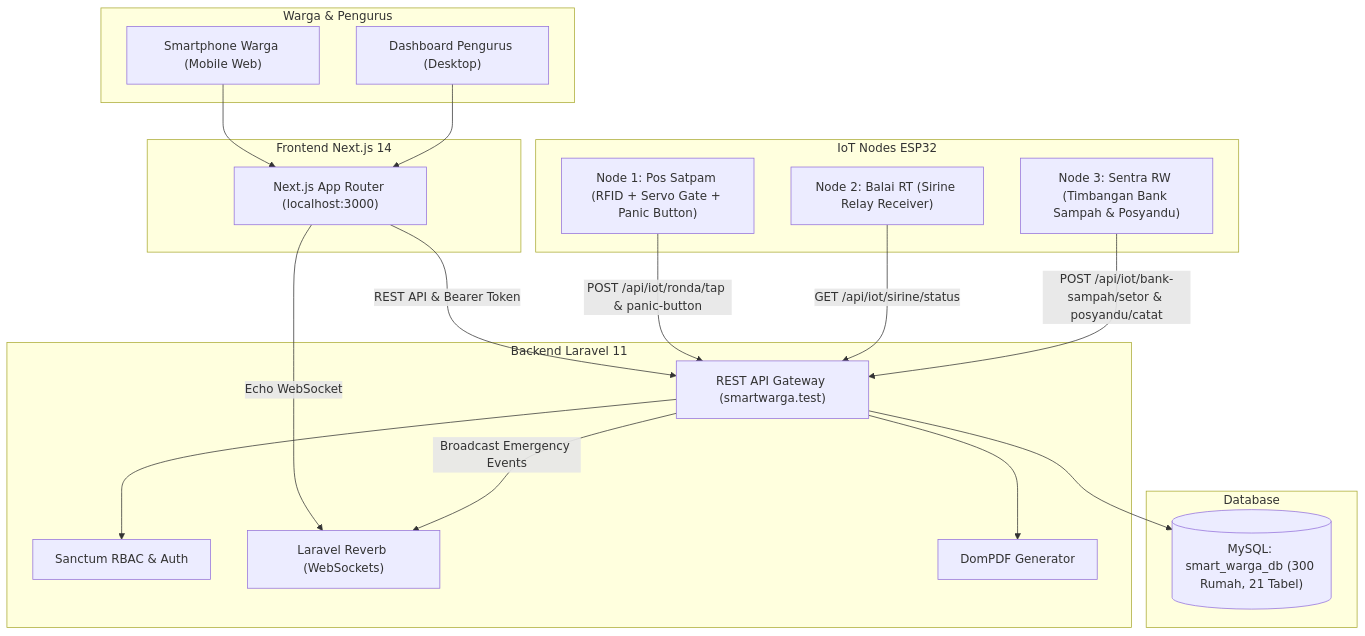
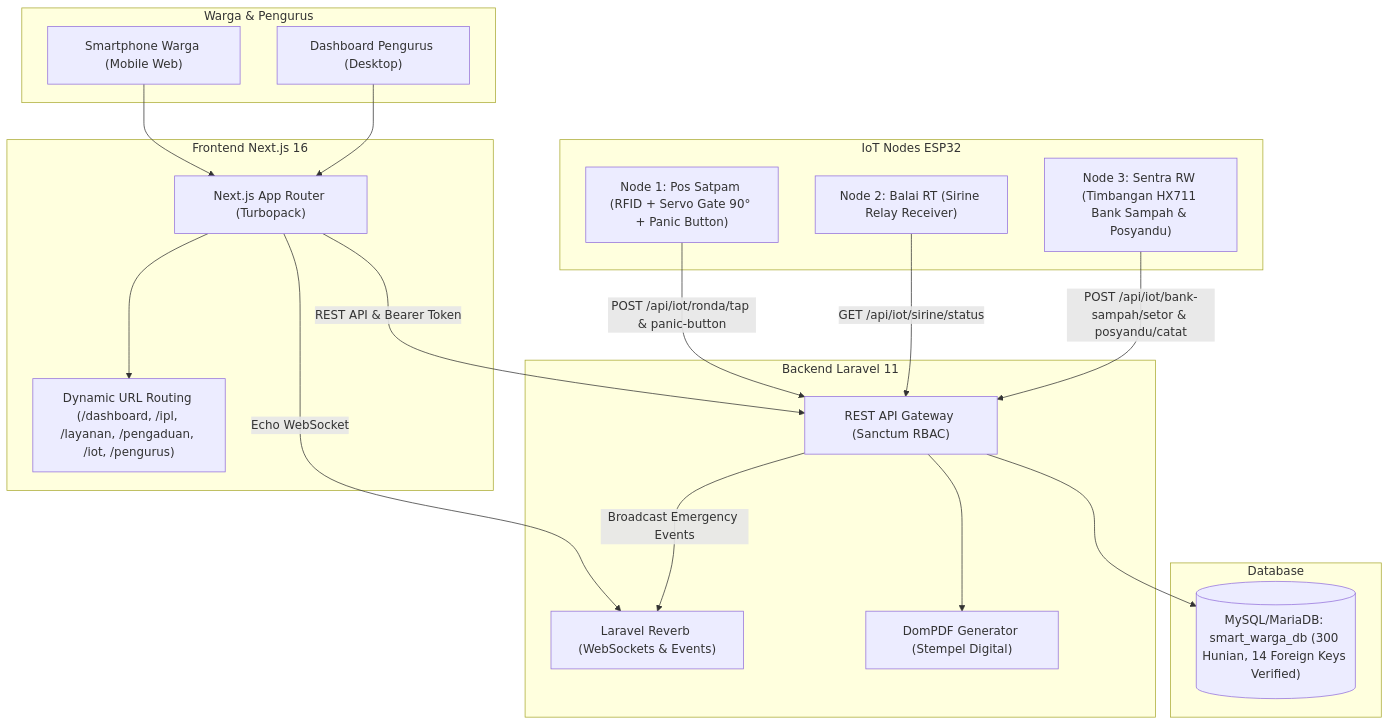
The diagram in README.md (Fizt001/smartwarga), drawn with Mermaid before and after one commit. The commit also changed other lines of this file, not shown here.

Commit message:
docs: update README.md with dynamic URL routing, IoT hardware endpoints, 105 tests, and FK audit matrix

````diff
--- a/README.md
+++ b/README.md
@@ -18,42 +18,42 @@
 ```mermaid
 graph TD
     subgraph Warga & Pengurus
         UserMobile["Smartphone Warga (Mobile Web)"]
         AdminDesktop["Dashboard Pengurus (Desktop)"]
     end
 
-    subgraph Frontend Next.js 14
-        NextApp["Next.js App Router (localhost:3000)"]
+    subgraph Frontend Next.js 16
+        NextApp["Next.js App Router (Turbopack)"]
+        Routing["Dynamic URL Routing (/dashboard, /ipl, /layanan, /pengaduan, /iot, /pengurus)"]
     end
 
     subgraph Backend Laravel 11
-        ApiRouter["REST API Gateway (smartwarga.test)"]
-        SanctumAuth["Sanctum RBAC & Auth"]
-        Reverb["Laravel Reverb (WebSockets)"]
-        DomPdf["DomPDF Generator"]
+        ApiRouter["REST API Gateway (Sanctum RBAC)"]
+        Reverb["Laravel Reverb (WebSockets & Events)"]
+        DomPdf["DomPDF Generator (Stempel Digital)"]
     end
 
     subgraph IoT Nodes ESP32
-        Node1["Node 1: Pos Satpam (RFID + Servo Gate + Panic Button)"]
+        Node1["Node 1: Pos Satpam (RFID + Servo Gate 90° + Panic Button)"]
         Node2["Node 2: Balai RT (Sirine Relay Receiver)"]
-        Node3["Node 3: Sentra RW (Timbangan Bank Sampah & Posyandu)"]
+        Node3["Node 3: Sentra RW (Timbangan HX711 Bank Sampah & Posyandu)"]
     end
 
     subgraph Database
-        MySQL[("MySQL: smart_warga_db (300 Rumah, 21 Tabel)")]
+        MySQL[("MySQL/MariaDB: smart_warga_db (300 Hunian, 14 Foreign Keys Verified)")]
     end
 
     UserMobile --> NextApp
     AdminDesktop --> NextApp
+    NextApp --> Routing
     NextApp -->|REST API & Bearer Token| ApiRouter
     NextApp -->|Echo WebSocket| Reverb
 
     Node1 -->|POST /api/iot/ronda/tap & panic-button| ApiRouter
     Node2 -->|GET /api/iot/sirine/status| ApiRouter
     Node3 -->|POST /api/iot/bank-sampah/setor & posyandu/catat| ApiRouter
 
-    ApiRouter --> SanctumAuth
     ApiRouter --> MySQL
     ApiRouter --> DomPdf
     ApiRouter -->|Broadcast Emergency Events| Reverb
 ```
````
